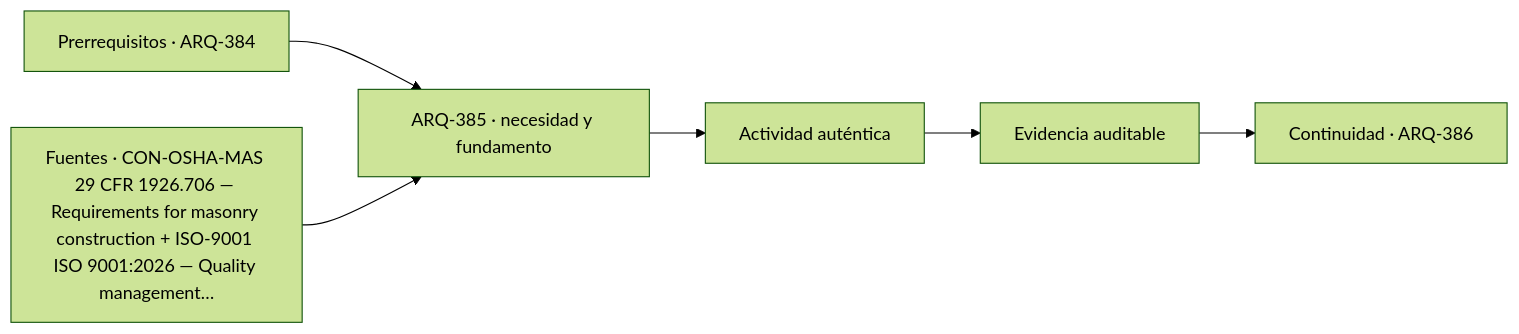
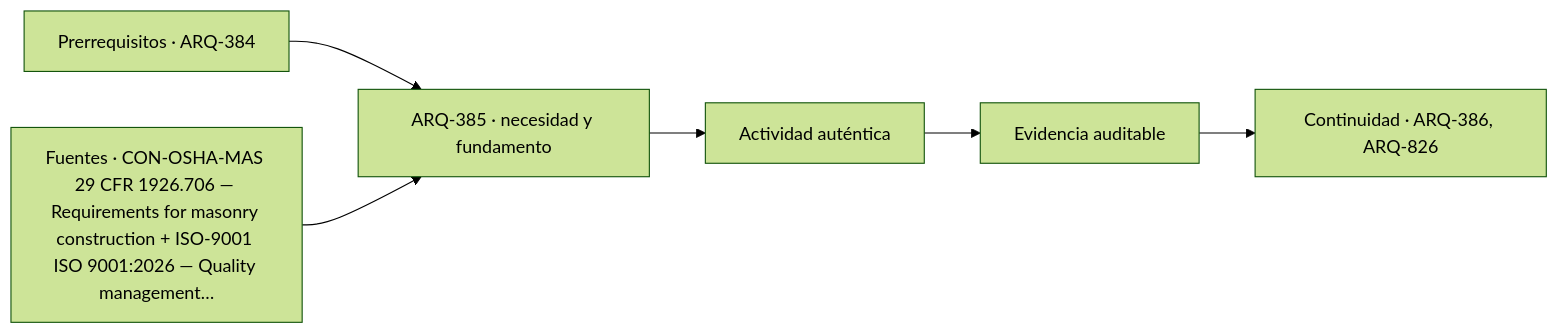
One commit to vladimiracunadev-create/architecture-built-environment-learning-program changed the diagram in classes/parte-39/ARQ-385.md. Above: the diagram before and after it, drawn with Mermaid (forest theme). The commit also changed other lines of this file and 234 other files, not shown here.

````diff
--- a/classes/parte-39/ARQ-385.md
+++ b/classes/parte-39/ARQ-385.md
@@ -113,8 +113,8 @@
 ```mermaid
 flowchart LR
     A["Prerrequisitos · ARQ-384"] --> B["ARQ-385 · necesidad y fundamento"]
     S["Fuentes · CON-OSHA-MAS 29 CFR 1926.706 — Requirements for masonry construction + ISO-9001 ISO 9001:2026 — Quality management…"] --> B
     B --> C["Actividad auténtica"]
     C --> D["Evidencia auditable"]
-    D --> E["Continuidad · ARQ-386"]
+    D --> E["Continuidad · ARQ-386, ARQ-826"]
 ```
````
